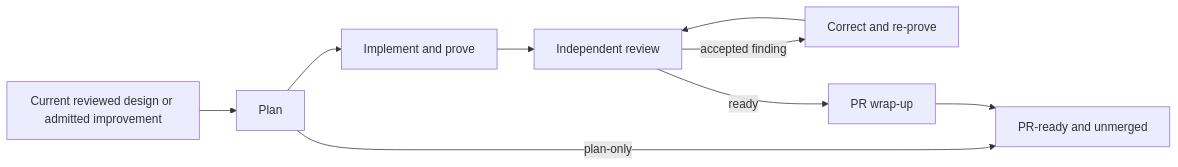
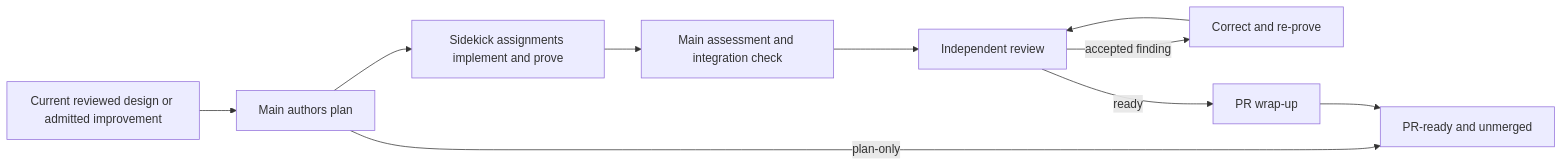
One commit to ShravanSunder/ai-tools changed the diagram in plugins/shravan-dev-workflow/skills/orchestrator-implementation-goal/README.md. Above: the diagram before and after it, drawn with Mermaid. The commit also changed other lines of this file and 67 other files, not shown here.

Commit message:
Clarify main ownership and thread-based implementation flow

````diff
--- a/plugins/shravan-dev-workflow/skills/orchestrator-implementation-goal/README.md
+++ b/plugins/shravan-dev-workflow/skills/orchestrator-implementation-goal/README.md
@@ -7,11 +7,12 @@
 ```mermaid
 flowchart LR
-    A[Current reviewed design or admitted improvement] --> B[Plan]
+    A[Current reviewed design or admitted improvement] --> B[Main authors plan]
     B -->|plan-only| G[Requested terminal]
-    B --> C[Implement and prove]
-    C --> D[Independent review]
+    B --> C[Sidekick assignments implement and prove]
+    C --> H[Main assessment and integration check]
+    H --> D[Independent review]
     D -->|accepted finding| E[Correct and re-prove]
     E --> D
     D -->|ready| F[PR wrap-up]
     F --> G[PR-ready and unmerged]
 ```
````
